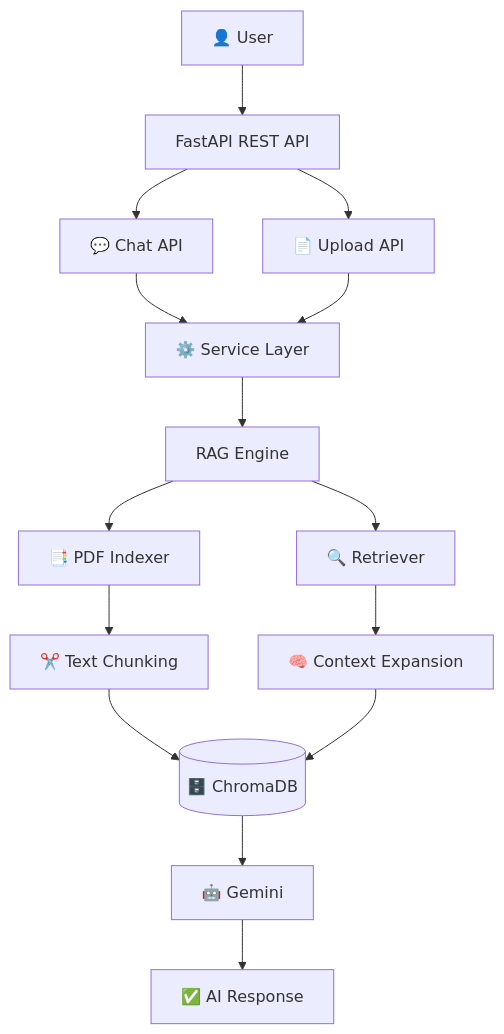
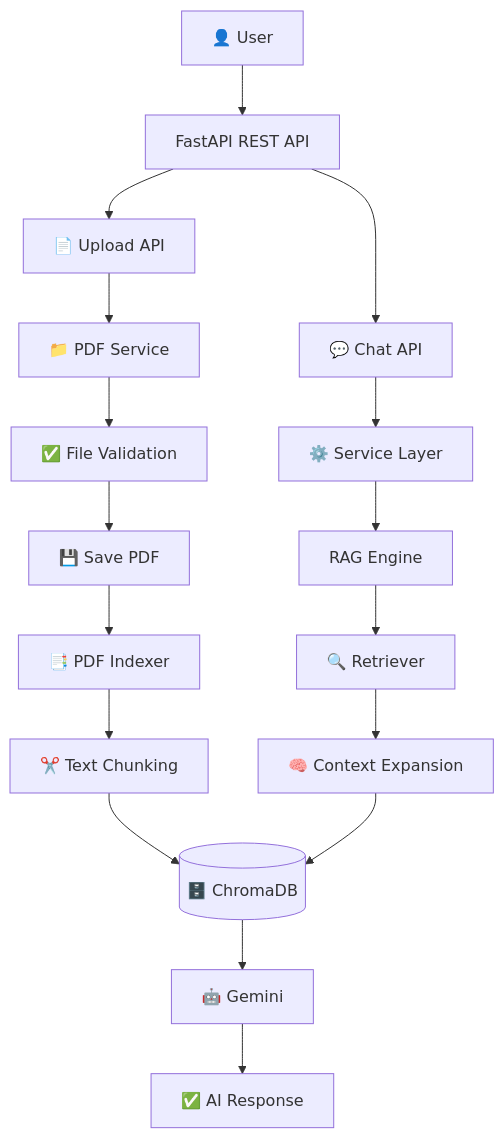
One commit to harshmorepy/documind-ai changed the diagram in README.md. Above: the diagram before and after it, drawn with Mermaid. The commit also changed other lines of this file, not shown here.

Commit message:
Feat: Implemented automated PDF upload and indexing pipeline.

````diff
--- a/README.md
+++ b/README.md
@@ -62,50 +71,53 @@
 ```mermaid
 flowchart TD
 
     User[👤 User]
 
     API[FastAPI REST API]
 
     Chat[💬 Chat API]
     Upload[📄 Upload API]
 
     Service[⚙️ Service Layer]
 
+    UploadService[📁 PDF Service]
     RAG[RAG Engine]
 
-    Retriever[🔍 Retriever]
+    Validation[✅ File Validation]
+    Storage[💾 Save PDF]
     Indexer[📑 PDF Indexer]
 
     Chunker[✂️ Text Chunking]
 
+    Retriever[🔍 Retriever]
     Context[🧠 Context Expansion]
 
     Chroma[(🗄️ ChromaDB)]
 
     Gemini[🤖 Gemini]
 
     Answer[✅ AI Response]
 
     User --> API
 
     API --> Chat
     API --> Upload
 
     Chat --> Service
-    Upload --> Service
+    Upload --> UploadService
 
-    Service --> RAG
-
-    RAG --> Retriever
-    RAG --> Indexer
+    UploadService --> Validation
+    Validation --> Storage
+    Storage --> Indexer
 
     Indexer --> Chunker
     Chunker --> Chroma
 
+    Service --> RAG
+    RAG --> Retriever
     Retriever --> Context
     Context --> Chroma
 
     Chroma --> Gemini
-
     Gemini --> Answer
 ```
````
